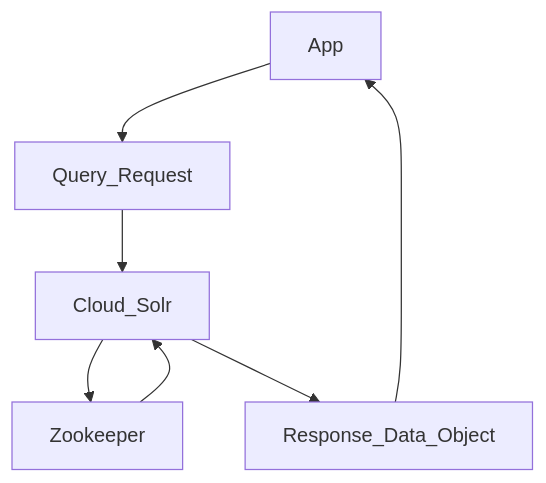
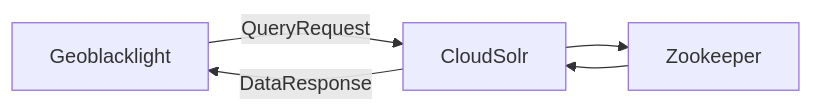
Before and after one commit to ualibraries/ual-geoblacklight: the diagram in README.md, drawn with Mermaid. The commit also changed other lines of this file, not shown here.

Commit message:
Clean up README, removing GOB, upgrading chart.

````diff
--- a/README.md
+++ b/README.md
@@ -11,9 +11,7 @@
 ```mermaid
-  graph TD;
-      App-->Query_Request;
-      Query_Request-->Cloud_Solr;
-      Cloud_Solr-->Zookeeper;
-      Zookeeper-->Cloud_Solr;
-      Cloud_Solr-->Response_Data_Object;
-      Response_Data_Object-->App;
+  graph LR;
+      Geoblacklight-->|QueryRequest|CloudSolr;
+      CloudSolr-->Zookeeper;
+      Zookeeper-->CloudSolr;
+      CloudSolr-->|DataResponse|Geoblacklight;
 ```
````
